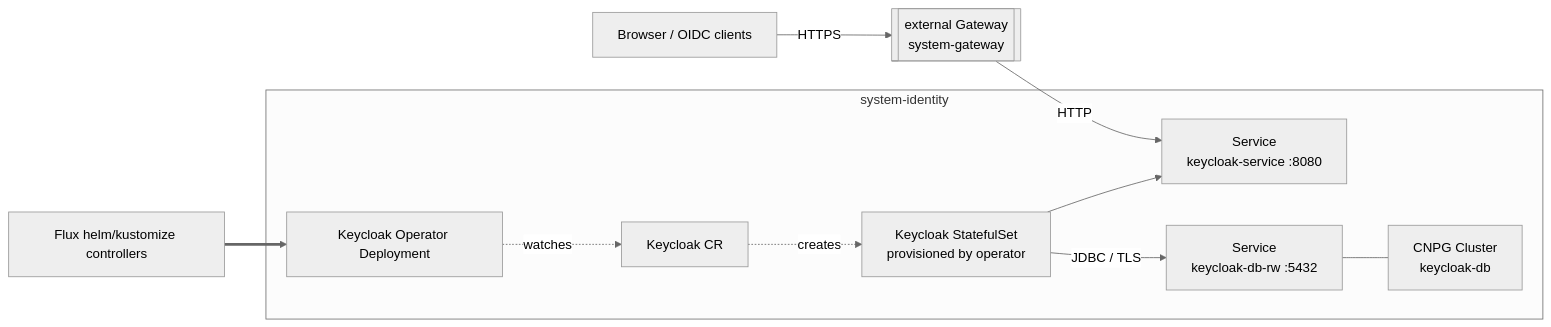
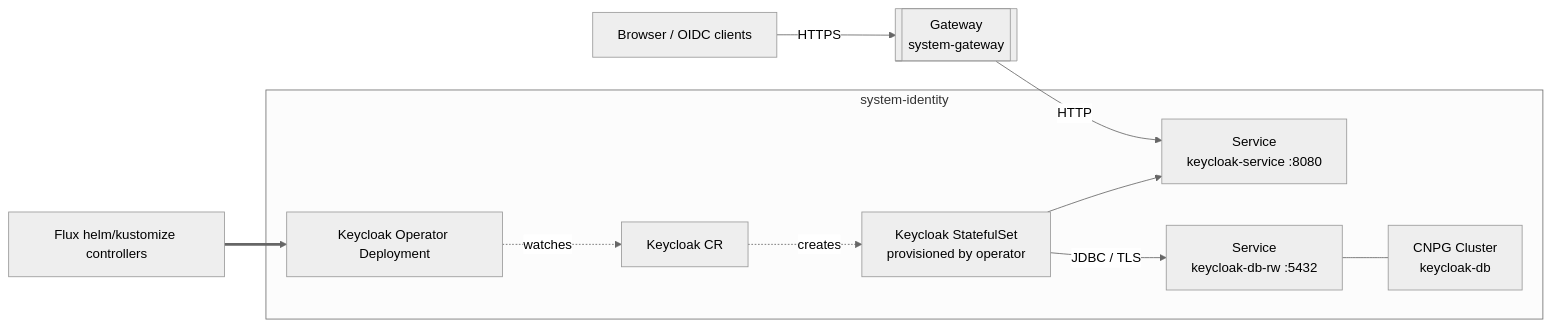
Before and after one commit to windsorcli/core: the diagram in kustomize/identity/README.md, drawn with Mermaid (neutral theme). The commit also changed other lines of this file and 35 other files, not shown here.

````diff
--- a/kustomize/identity/README.md
+++ b/kustomize/identity/README.md
@@ -24,25 +24,25 @@
 ```mermaid
 flowchart LR
   flux[Flux helm/kustomize controllers]
 
   subgraph systemidentity[system-identity]
     operator_pod[Keycloak Operator Deployment]
     keycloak_cr[Keycloak CR]
     keycloak_sts[Keycloak StatefulSet<br/>provisioned by operator]
     keycloak_svc[Service<br/>keycloak-service :8080]
     pg_cluster[CNPG Cluster<br/>keycloak-db]
     pg_svc[Service<br/>keycloak-db-rw :5432]
   end
 
-  gateway[[external Gateway<br/>system-gateway]]
+  gateway[[Gateway<br/>system-gateway]]
   users[Browser / OIDC clients]
 
   flux ==> operator_pod
   operator_pod -.watches.-> keycloak_cr
   keycloak_cr -.creates.-> keycloak_sts
   keycloak_sts --> keycloak_svc
   keycloak_sts -->|JDBC / TLS| pg_svc
   pg_svc --- pg_cluster
   users -->|HTTPS| gateway
   gateway -->|HTTP| keycloak_svc
 ```
````
